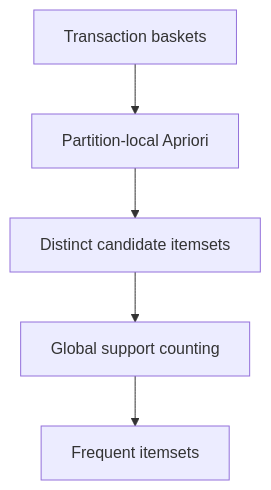
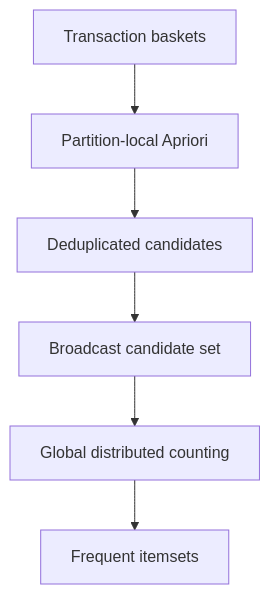
The diagram in README.md (Wizc1998/realization-of-SON-Algorithm-using-the-Spark-Framework), drawn with Mermaid before and after one commit. The commit also changed other lines of this file and 9 other files, not shown here.

````diff
--- a/README.md
+++ b/README.md
@@ -10,7 +13,8 @@
 ```mermaid
 flowchart TD
     A["Transaction baskets"] --> B["Partition-local Apriori"]
-    B --> C["Distinct candidate itemsets"]
-    C --> D["Global support counting"]
-    D --> E["Frequent itemsets"]
+    B --> C["Deduplicated candidates"]
+    C --> D["Broadcast candidate set"]
+    D --> E["Global distributed counting"]
+    E --> F["Frequent itemsets"]
 ```
````
